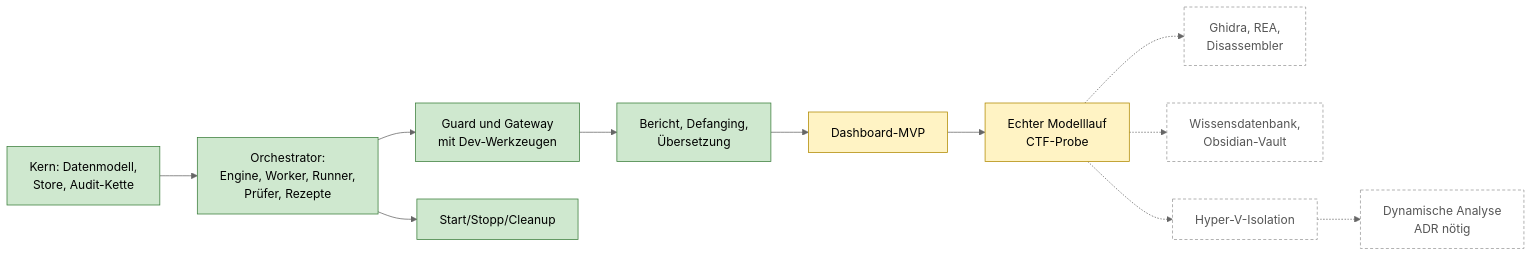
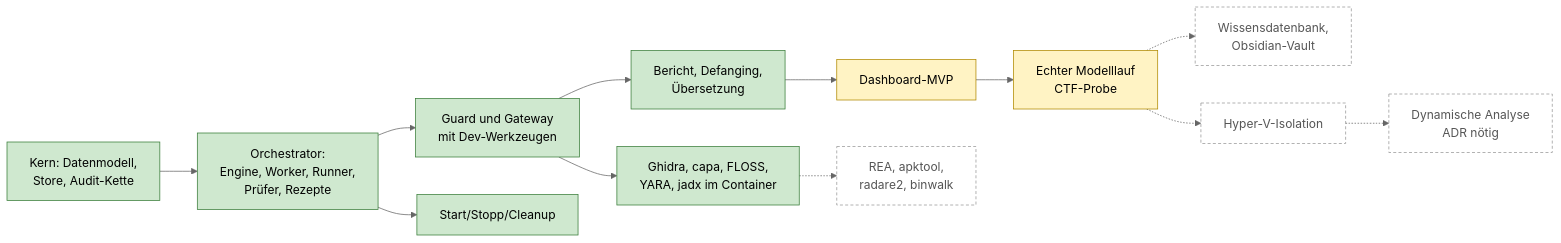
Before and after one commit to Agent4Forensic/LocalReverseAnyThingForensic: the third of 3 diagrams in README.md, drawn with Mermaid (neutral theme). The commit also changed other lines of this file and 7 other files, not shown here.

````diff
--- a/README.md
+++ b/README.md
@@ -91,23 +111,25 @@
 ```mermaid
 flowchart LR
     classDef done fill:#cfe8cf,stroke:#3a7d3a,color:#000
     classDef part fill:#fff3c4,stroke:#b08900,color:#000
     classDef open fill:#fff,stroke:#999,stroke-dasharray:4 3,color:#555
     A[Kern: Datenmodell,<br/>Store, Audit-Kette]:::done
     B[Orchestrator:<br/>Engine, Worker, Runner,<br/>Prüfer, Rezepte]:::done
     C[Guard und Gateway<br/>mit Dev-Werkzeugen]:::done
     D[Bericht, Defanging,<br/>Übersetzung]:::done
     E[Start/Stopp/Cleanup]:::done
     F[Dashboard-MVP]:::part
     G[Echter Modelllauf<br/>CTF-Probe]:::part
-    H[Ghidra, REA,<br/>Disassembler]:::open
+    H[Ghidra, capa, FLOSS,<br/>YARA, jadx im Container]:::done
+    L[REA, apktool,<br/>radare2, binwalk]:::open
     I[Wissensdatenbank,<br/>Obsidian-Vault]:::open
     J[Hyper-V-Isolation]:::open
     K[Dynamische Analyse<br/>ADR nötig]:::open
     A --> B --> C --> D
     B --> E
     D --> F --> G
-    G -.-> H
+    C --> H
+    H -.-> L
     G -.-> I
     G -.-> J -.-> K
 ```
````
